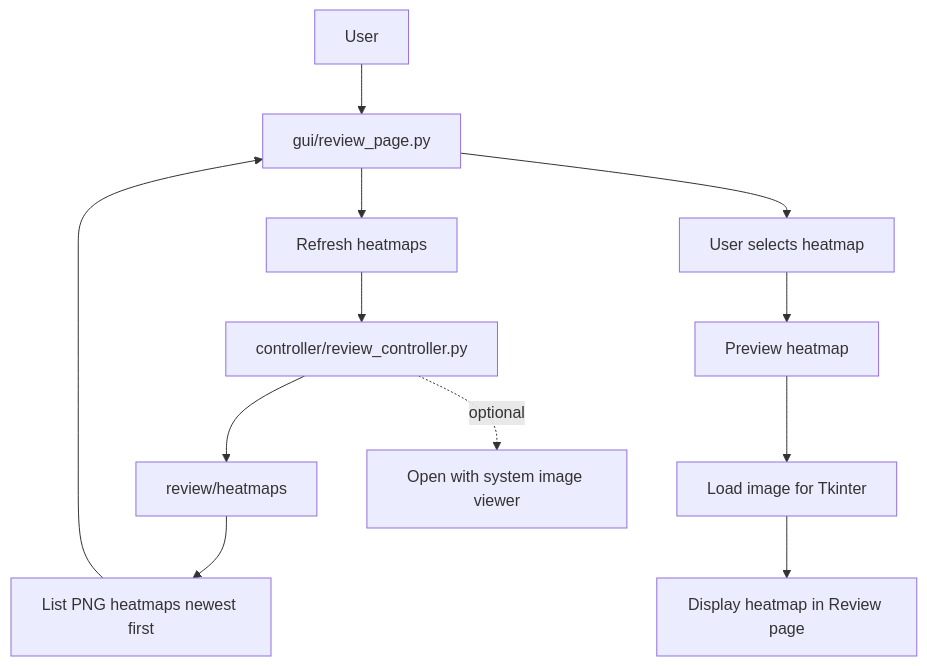
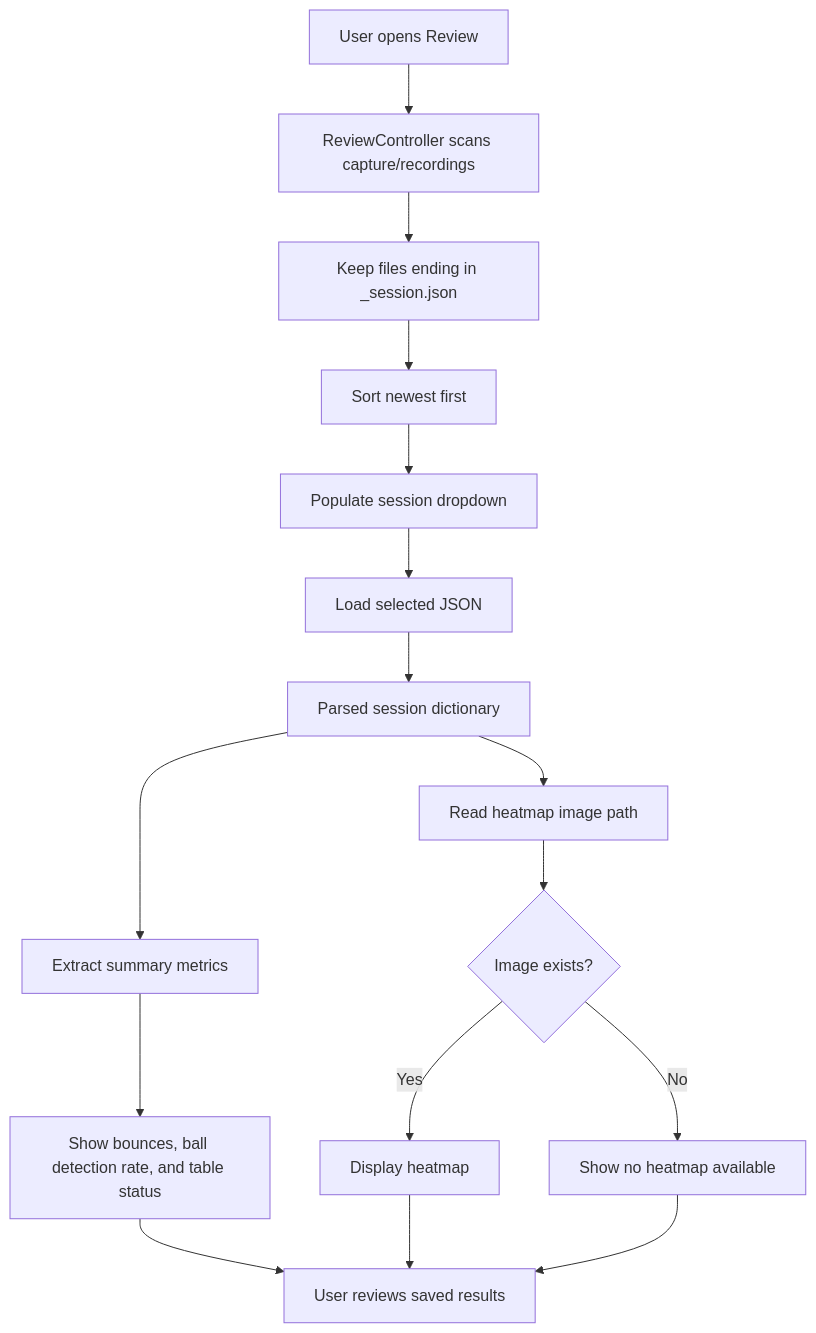
One commit to CoulterRolph/Capstone_Opencv changed the diagram in jetson/docs/review_workflow.md. Above: the diagram before and after it, drawn with Mermaid. The commit also changed other lines of this file and 9 other files, not shown here.

````diff
--- a/jetson/docs/review_workflow.md
+++ b/jetson/docs/review_workflow.md
@@ -33,17 +32,21 @@
 ```mermaid
 flowchart TD
-    User[User] --> ReviewPage[gui/review_page.py]
+    Open[User opens Review] --> Scan[ReviewController scans capture/recordings]
+    Scan --> Filter[Keep files ending in _session.json]
+    Filter --> Sort[Sort newest first]
+    Sort --> Dropdown[Populate session dropdown]
+    Dropdown --> Select[Load selected JSON]
 
-    ReviewPage --> Refresh[Refresh heatmaps]
-    Refresh --> ReviewController[controller/review_controller.py]
-    ReviewController --> HeatmapFolder[review/heatmaps]
-    HeatmapFolder --> HeatmapList[List PNG heatmaps newest first]
-    HeatmapList --> ReviewPage
+    Select --> SessionData[Parsed session dictionary]
+    SessionData --> Metrics[Extract summary metrics]
+    SessionData --> HeatmapPath[Read heatmap image path]
 
-    ReviewPage --> Select[User selects heatmap]
-    Select --> Preview[Preview heatmap]
-    Preview --> TkImage[Load image for Tkinter]
-    TkImage --> Display[Display heatmap in Review page]
+    Metrics --> Boxes[Show bounces, ball detection rate, and table status]
+    HeatmapPath --> Exists{Image exists?}
+    Exists -->|Yes| Preview[Display heatmap]
+    Exists -->|No| Missing[Show no heatmap available]
 
-    ReviewController -. optional .-> ExternalViewer[Open with system image viewer]
+    Boxes --> User[User reviews saved results]
+    Preview --> User
+    Missing --> User
 ```
````
